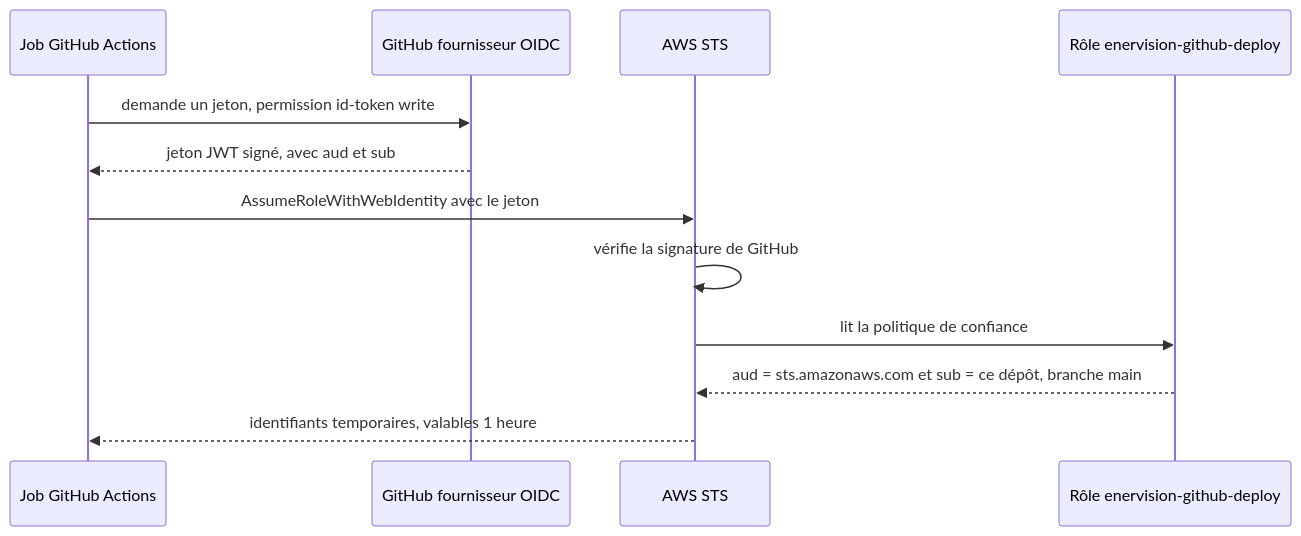
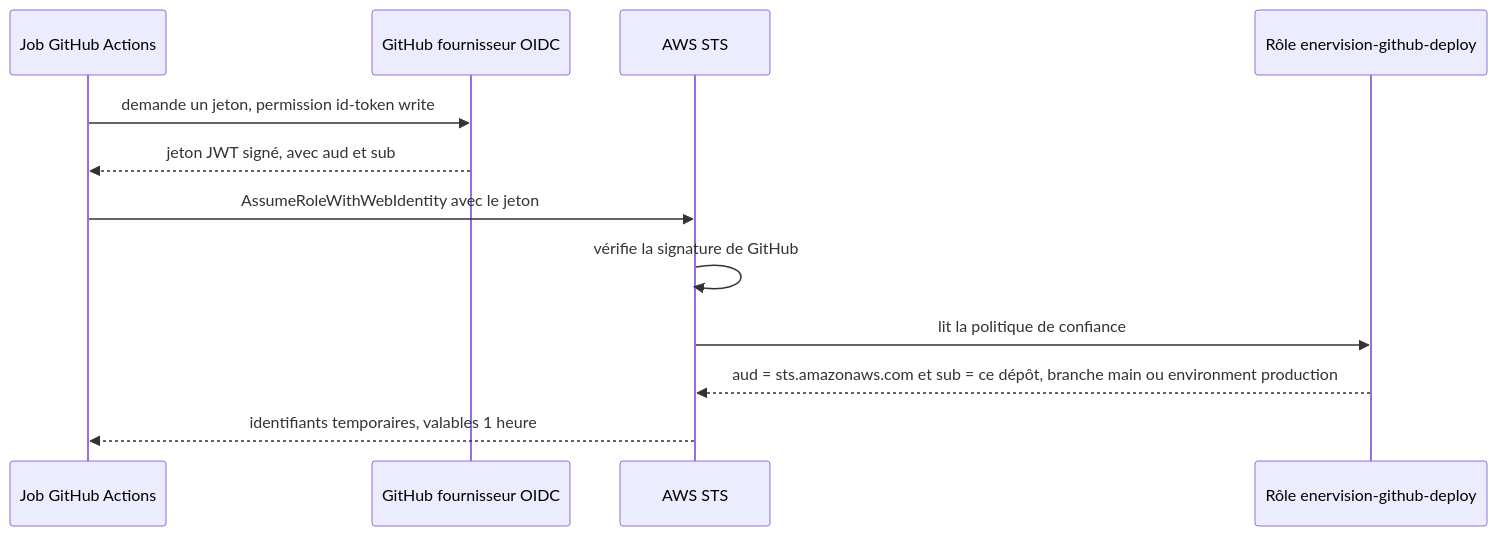
The fourth of 5 diagrams in docs/doc-technique/transverse/infra/fonctionnement-cd.md (enervision-project/smart-energy-optimizer), drawn with Mermaid before and after one commit. The commit also changed other lines of this file and 3 other files, not shown here.

````diff
--- a/docs/doc-technique/transverse/infra/fonctionnement-cd.md
+++ b/docs/doc-technique/transverse/infra/fonctionnement-cd.md
@@ -180,15 +180,15 @@
 ```mermaid
 sequenceDiagram
     participant JOB as Job GitHub Actions
     participant GH as GitHub fournisseur OIDC
     participant STS as AWS STS
     participant IAM as Rôle enervision-github-deploy
 
     JOB->>GH: demande un jeton, permission id-token write
     GH-->>JOB: jeton JWT signé, avec aud et sub
     JOB->>STS: AssumeRoleWithWebIdentity avec le jeton
     STS->>STS: vérifie la signature de GitHub
     STS->>IAM: lit la politique de confiance
-    IAM-->>STS: aud = sts.amazonaws.com et sub = ce dépôt, branche main
+    IAM-->>STS: aud = sts.amazonaws.com et sub = ce dépôt, branche main ou environment production
     STS-->>JOB: identifiants temporaires, valables 1 heure
 ```
````
